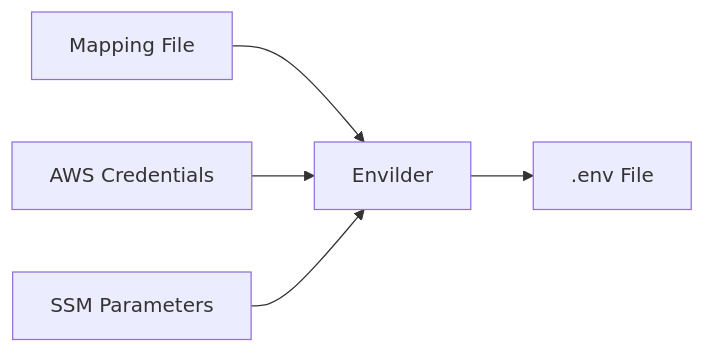
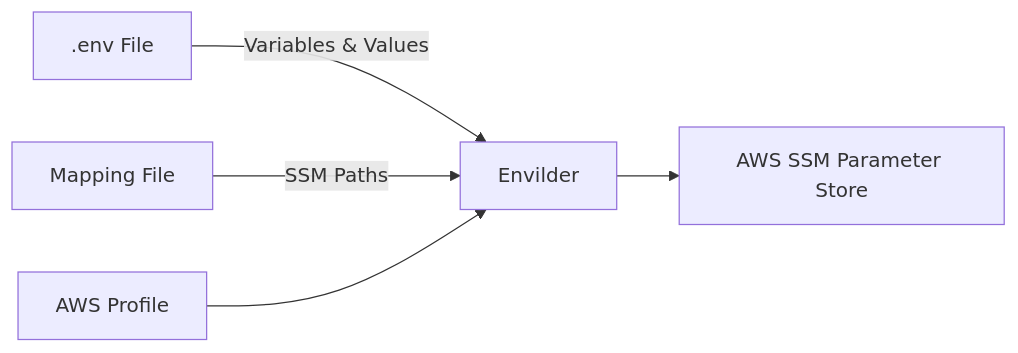
Before and after one commit to macalbert/envilder: the second of 3 diagrams in README.md, drawn with Mermaid. The commit also changed other lines of this file and 57 other files, not shown here.

Commit message:
feat(push): Introduce `Push Mode` Feature for Syncing Local Environment Variables to AWS SSM (#57)

````diff
--- a/README.md
+++ b/README.md
@@ -94,9 +187,7 @@
 ```mermaid
-
 graph LR
-    A[Mapping File] --> B[Envilder]
-    C[AWS Credentials] --> B
-    B --> D[.env File]
-    E[SSM Parameters] --> B
-
+  A[.env File] --> |Variables & Values| B[Envilder]
+  C[Mapping File] --> |SSM Paths| B
+  D[AWS Profile] --> B
+  B --> E[AWS SSM Parameter Store]
 ```
````
